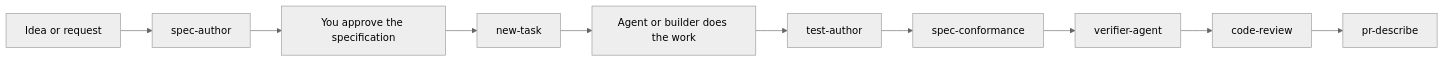
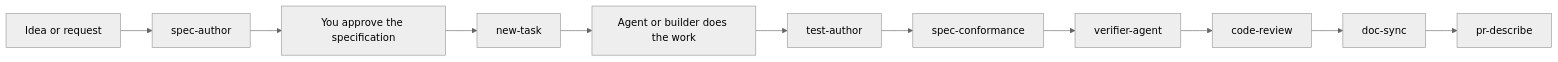
Before and after one commit to hams-ollo/zen-agent-skills: the second of 2 diagrams in docs/GETTING-STARTED.md, drawn with Mermaid (neutral theme). The commit also changed other lines of this file and 33 other files, not shown here.

````diff
--- a/docs/GETTING-STARTED.md
+++ b/docs/GETTING-STARTED.md
@@ -292,12 +293,13 @@
 ```mermaid
 flowchart LR
   A[Idea or request] --> B[spec-author]
   B --> C[You approve the specification]
   C --> D[new-task]
   D --> E[Agent or builder does the work]
   E --> F[test-author]
   F --> G[spec-conformance]
   G --> H[verifier-agent]
   H --> I[code-review]
-  I --> J[pr-describe]
+  I --> K[doc-sync]
+  K --> J[pr-describe]
 ```
````
